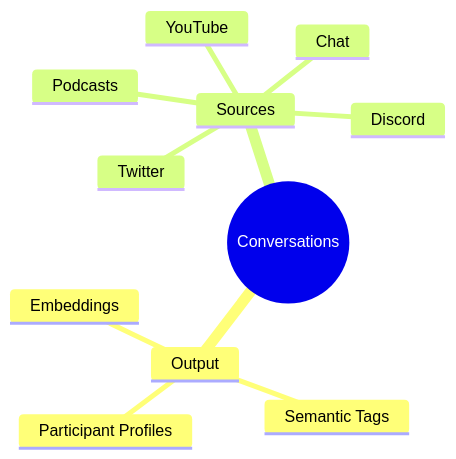
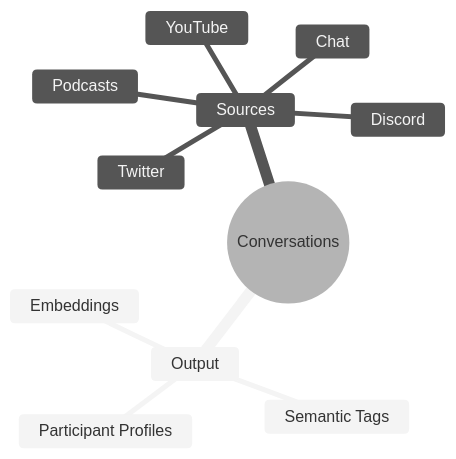
One commit to opentensor/bittensor-subnet-template changed the second of 2 diagrams in README.md. Above: the diagram before and after it, drawn with Mermaid. The commit also changed other lines of this file, not shown here.

Commit message:
DJR:Added firebase

````diff
--- a/README.md
+++ b/README.md
@@ -206,14 +207,15 @@
 ```mermaid
+%%{init: {'theme':'neutral'}}%%
 mindmap
   root((Conversations))
     Output
       Participant Profiles
       Semantic Tags
       Embeddings
     Sources
       YouTube
       Podcasts
       Discord
       Twitter
       Chat
 ```
````
